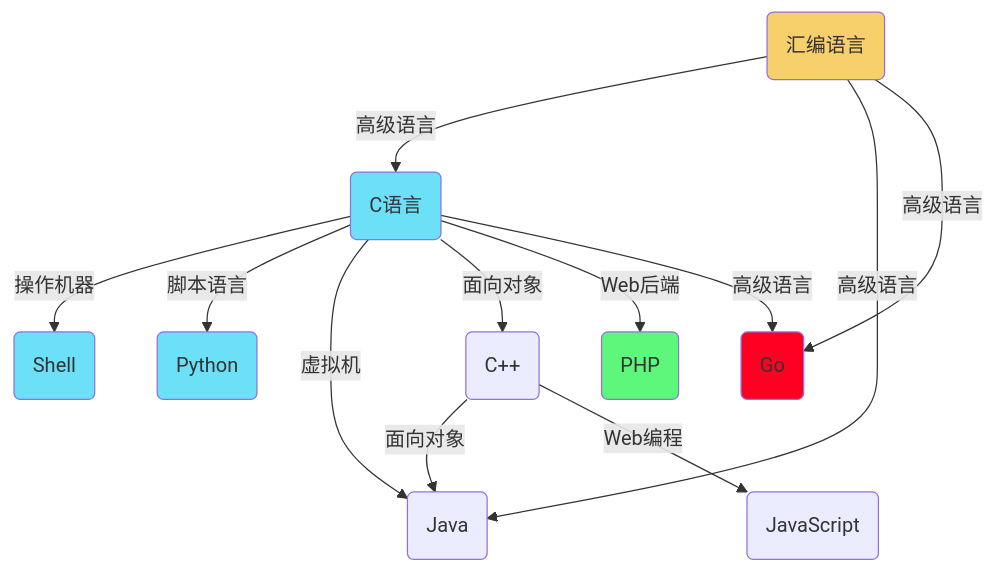
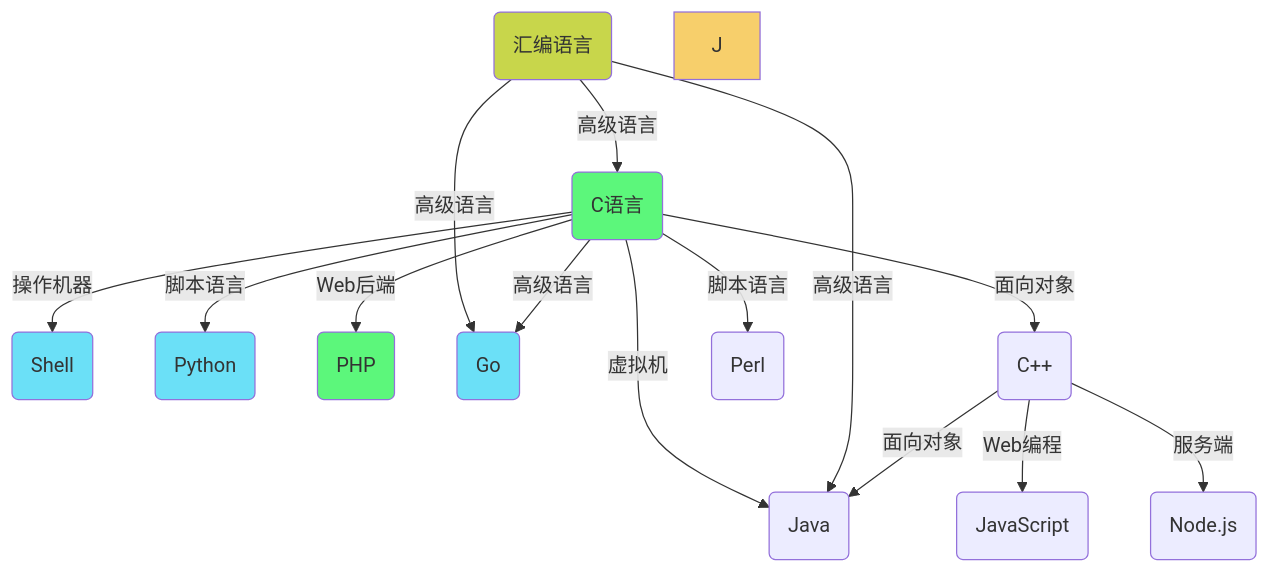
The diagram in _posts/2010-07-26-computer-history.md (Gaohaoyang/gaohaoyang.github.io), drawn with Mermaid before and after one commit. The commit also changed other lines of this file, not shown here.

Commit message:
编程语言颜色显示

```diff
--- a/_posts/2010-07-26-computer-history.md
+++ b/_posts/2010-07-26-computer-history.md
@@ -448,29 +452,33 @@
 <div class="mermaid">
 %% 编程语言演化图
     graph TD
     A(汇编语言):::s
-    classDef s fill:#C8D64B;
-    style A fill:#F7CF6B;
+    classDef s fill:#f02;
+    style A fill:#C8D64B;
     style B fill:#6BE0F7;
-    style C fill:#6BE0F7;
+    style C fill:#5CF77B;
     style D fill:#6BE0F7;
     style H fill:#5CF77B;
-    style I fill:#f02;
+    style I fill:#6BE0F7;
+    style J fill:#F7CF6B;
     A -->|高级语言| C(C语言)
     C -->|操作机器| B(Shell)
     C -->|脚本语言| D(Python)
     C -->|虚拟机| E(Java)
     A -->|高级语言| E(Java)
     C -->|面向对象| F(C++)
     F -->|面向对象| E(Java)
     F -->|Web编程| G(JavaScript)
+    F -->|服务端| K(Node.js)
     C -->|Web后端| H(PHP)
     A -->|高级语言| I(Go)
     C -->|高级语言| I(Go)
+    C -->|脚本语言| L(Perl)
+
     click B "https://wqw547243068.github.io/linux#shell语言" "shell用法"
     click C "https://wqw547243068.github.io/c#c语言" "c/c++语言"
     click D "https://wqw547243068.github.io/python" "Python语言"
     click F "https://wqw547243068.github.io/c#c" "c/c++语言"
     click G "https://wqw547243068.github.io/web#js" "web开发"
     click I "https://wqw547243068.github.io/go" "go语言"
 </div>
```
